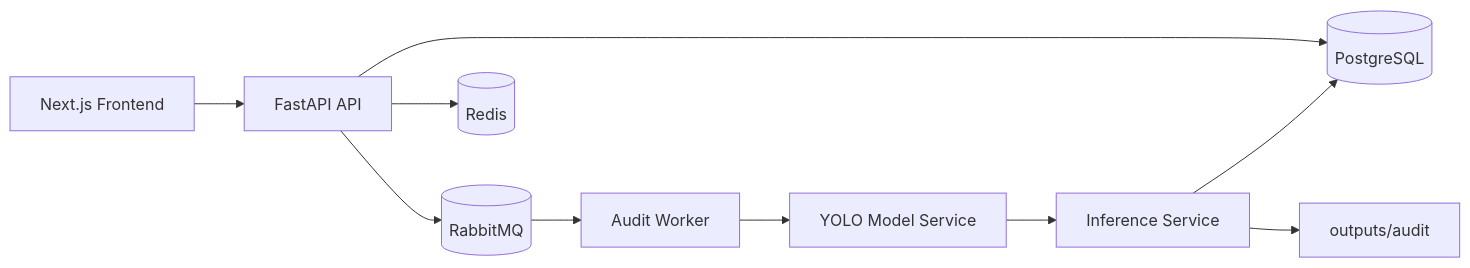
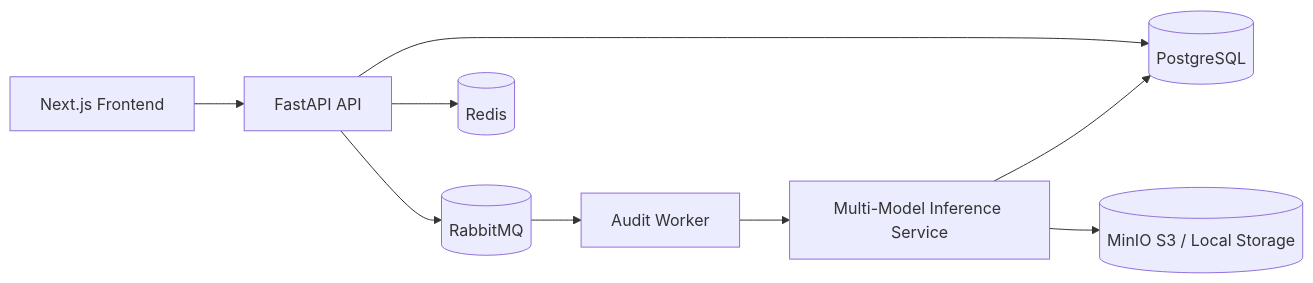
One commit to VijayRajput4455/FMCG-Insight-360 changed the diagram in README.md. Above: the diagram before and after it, drawn with Mermaid. The commit also changed other lines of this file, not shown here.

Commit message:
Docs: Complete README overhaul with Docker & Local setup guides

````diff
--- a/README.md
+++ b/README.md
@@ -79,12 +163,11 @@
 ```mermaid
 flowchart LR
-		WEB[Next.js Frontend] --> API[FastAPI API]
-		API --> DB[(PostgreSQL)]
-		API --> RMQ[(RabbitMQ)]
-		API --> REDIS[(Redis)]
-		RMQ --> WORKER[Audit Worker]
-		WORKER --> MODEL[YOLO Model Service]
-		MODEL --> INF[Inference Service]
-		INF --> DB
-		INF --> OUT[outputs/audit]
+	WEB[Next.js Frontend] --> API[FastAPI API]
+	API --> DB[(PostgreSQL)]
+	API --> RMQ[(RabbitMQ)]
+	API --> REDIS[(Redis)]
+	RMQ --> WORKER[Audit Worker]
+	WORKER --> MODEL[Multi-Model Inference Service]
+	MODEL --> MINIO[(MinIO S3 / Local Storage)]
+	MODEL --> DB
 ```
````
